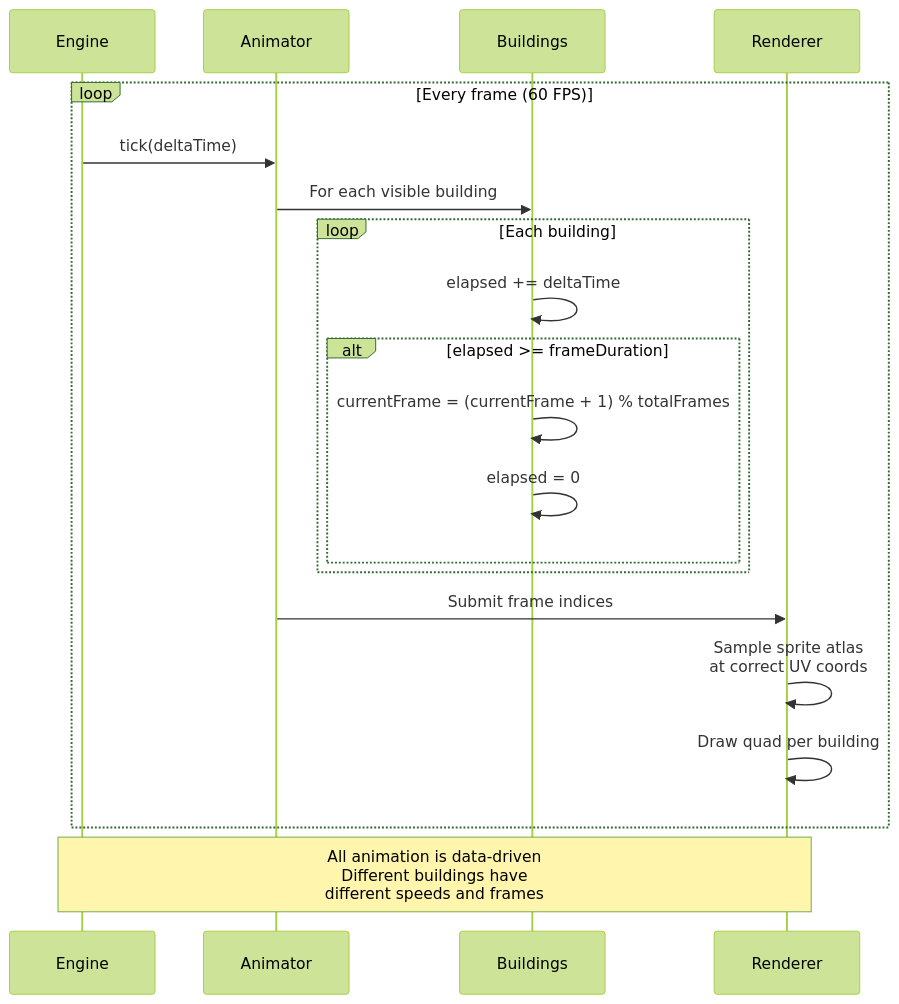
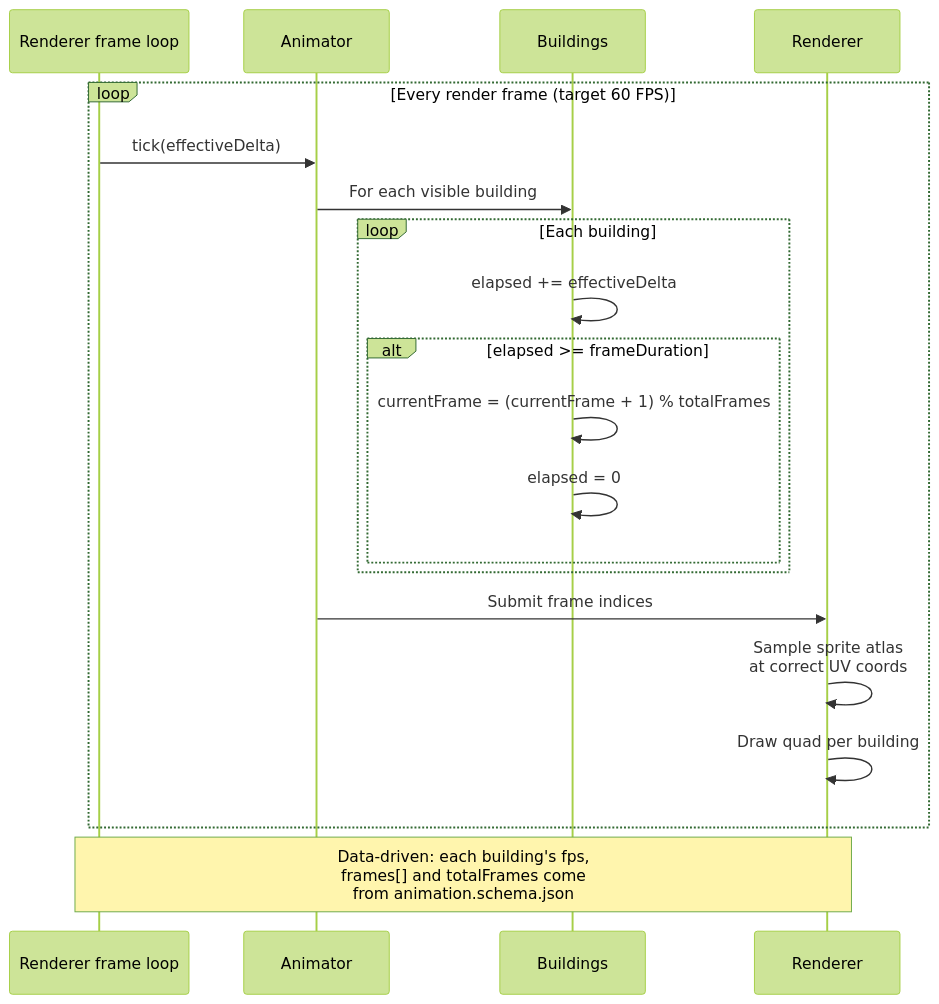
Before and after one commit to SunaNoOshiro/Heroes_Reforged_AI_Realms: the diagram in docs/architecture/diagrams/22-building-loop.md, drawn with Mermaid (forest theme). The commit also changed other lines of this file and 518 other files, not shown here.

First line of the commit message:
Add doc-audit skill and sweep architecture/screen docs

````diff
--- a/docs/architecture/diagrams/22-building-loop.md
+++ b/docs/architecture/diagrams/22-building-loop.md
@@ -10,23 +34,23 @@
 ```mermaid
 sequenceDiagram
-    participant Engine
+    participant FrameLoop as Renderer frame loop
     participant Animator
     participant Buildings
     participant Renderer
 
-    loop Every frame (60 FPS)
-        Engine->>Animator: tick(deltaTime)
+    loop Every render frame (target 60 FPS)
+        FrameLoop->>Animator: tick(effectiveDelta)
         Animator->>Buildings: For each visible building
         loop Each building
-            Buildings->>Buildings: elapsed += deltaTime
+            Buildings->>Buildings: elapsed += effectiveDelta
             alt elapsed >= frameDuration
                 Buildings->>Buildings: currentFrame = (currentFrame + 1) % totalFrames
                 Buildings->>Buildings: elapsed = 0
             end
         end
         Animator->>Renderer: Submit frame indices
         Renderer->>Renderer: Sample sprite atlas<br/>at correct UV coords
         Renderer->>Renderer: Draw quad per building
     end
-    Note over Engine,Renderer: All animation is data-driven<br/>Different buildings have<br/>different speeds and frames
+    Note over FrameLoop,Renderer: Data-driven: each building's fps,<br/>frames[] and totalFrames come<br/>from animation.schema.json
 ```
````
